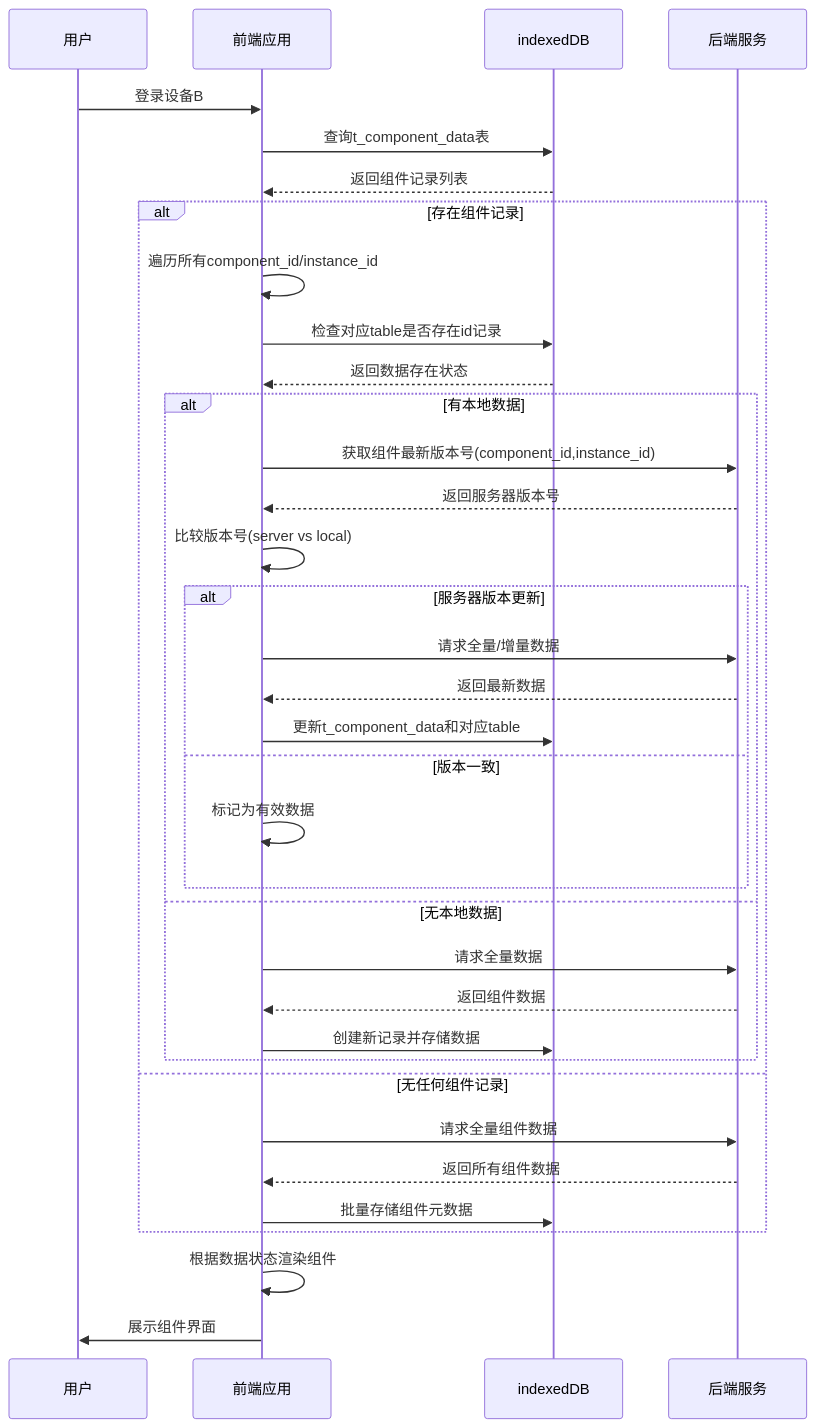
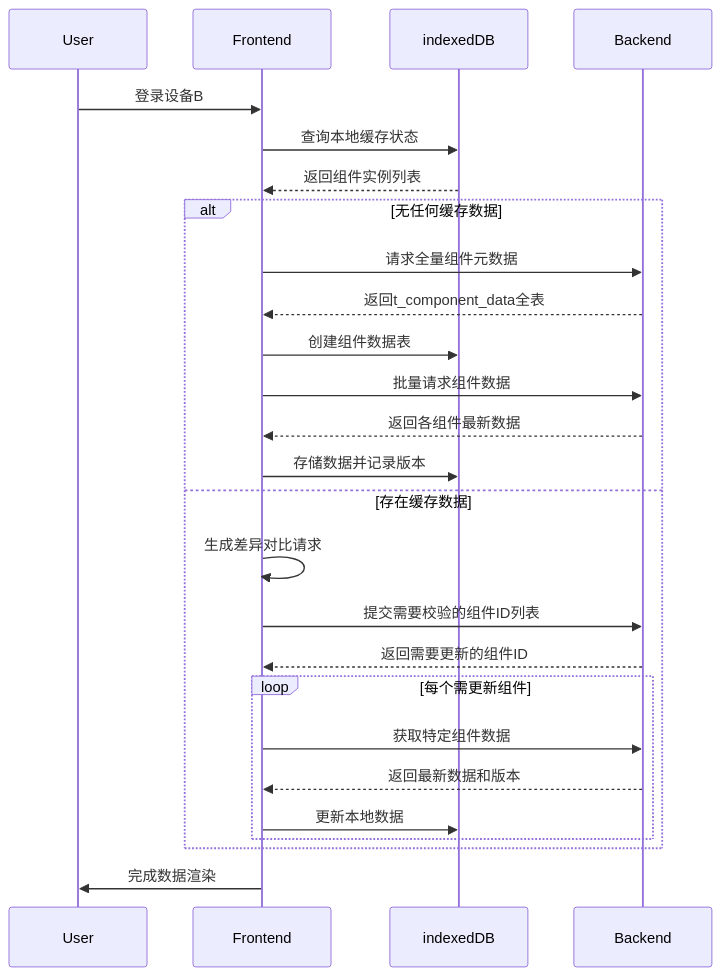
The diagram in all/未命名-24.md (yingjianzh/iodraw-files), drawn with Mermaid before and after one commit.

Commit message:
2025-02-24 17:02:32 update

````diff
--- a/all/未命名-24.md
+++ b/all/未命名-24.md
@@ -1,42 +1,30 @@
 ```mermaid
 sequenceDiagram
-    participant 用户
-    participant 前端应用
+    participant User
+    participant Frontend
     participant indexedDB
-    participant 后端服务
+    participant Backend
 
-    用户->>前端应用: 登录设备B
-    前端应用->>indexedDB: 查询t_component_data表
-    indexedDB-->>前端应用: 返回组件记录列表
+    User->>Frontend: 登录设备B
+    Frontend->>indexedDB: 查询本地缓存状态
+    indexedDB-->>Frontend: 返回组件实例列表
     
-    alt 存在组件记录
-        前端应用->>前端应用: 遍历所有component_id/instance_id
-        前端应用->>indexedDB: 检查对应table是否存在id记录
-        indexedDB-->>前端应用: 返回数据存在状态
-        
-        alt 有本地数据
-            前端应用->>后端服务: 获取组件最新版本号(component_id,instance_id)
-            后端服务-->>前端应用: 返回服务器版本号
-            前端应用->>前端应用: 比较版本号(server vs local)
-            
-            alt 服务器版本更新
-                前端应用->>后端服务: 请求全量/增量数据
-                后端服务-->>前端应用: 返回最新数据
-                前端应用->>indexedDB: 更新t_component_data和对应table
-            else 版本一致
-                前端应用->>前端应用: 标记为有效数据
-            end
-        else 无本地数据
-            前端应用->>后端服务: 请求全量数据
-            后端服务-->>前端应用: 返回组件数据
-            前端应用->>indexedDB: 创建新记录并存储数据
+    alt 无任何缓存数据
+        Frontend->>Backend: 请求全量组件元数据
+        Backend-->>Frontend: 返回t_component_data全表
+        Frontend->>indexedDB: 创建组件数据表
+        Frontend->>Backend: 批量请求组件数据
+        Backend-->>Frontend: 返回各组件最新数据
+        Frontend->>indexedDB: 存储数据并记录版本
+    else 存在缓存数据
+        Frontend->>Frontend: 生成差异对比请求
+        Frontend->>Backend: 提交需要校验的组件ID列表
+        Backend-->>Frontend: 返回需要更新的组件ID
+        loop 每个需更新组件
+            Frontend->>Backend: 获取特定组件数据
+            Backend-->>Frontend: 返回最新数据和版本
+            Frontend->>indexedDB: 更新本地数据
         end
-    else 无任何组件记录
-        前端应用->>后端服务: 请求全量组件数据
-        后端服务-->>前端应用: 返回所有组件数据
-        前端应用->>indexedDB: 批量存储组件元数据
     end
-    
-    前端应用->>前端应用: 根据数据状态渲染组件
-    前端应用->>用户: 展示组件界面
+    Frontend->>User: 完成数据渲染
 ```
````
